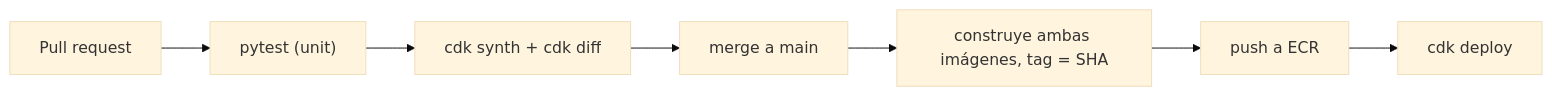
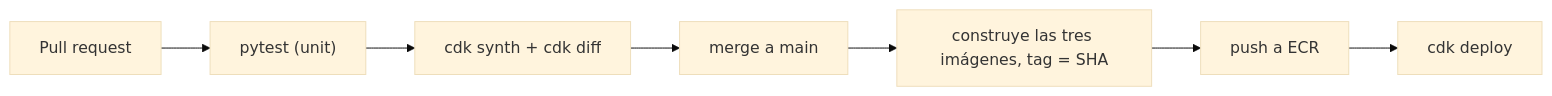
Before and after one commit to JairRamosG/Pinguinos-AWS: the eighth of 8 diagrams in docs/architecture.md, drawn with Mermaid (base theme). The commit also changed other lines of this file and 1 other file, not shown here.

````diff
--- a/docs/architecture.md
+++ b/docs/architecture.md
@@ -503,9 +508,9 @@
 ```mermaid
 flowchart LR
     PR["Pull request"] --> T1["pytest (unit)"]
     T1 --> T2["cdk synth + cdk diff"]
     T2 --> M["merge a main"]
-    M --> B["construye ambas imágenes, tag = SHA"]
+    M --> B["construye las tres imágenes, tag = SHA"]
     B --> P["push a ECR"]
     P --> D["cdk deploy"]
 ```
````
